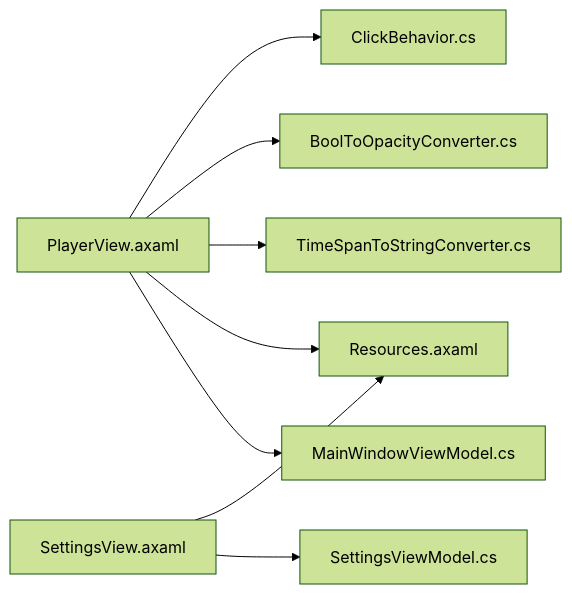
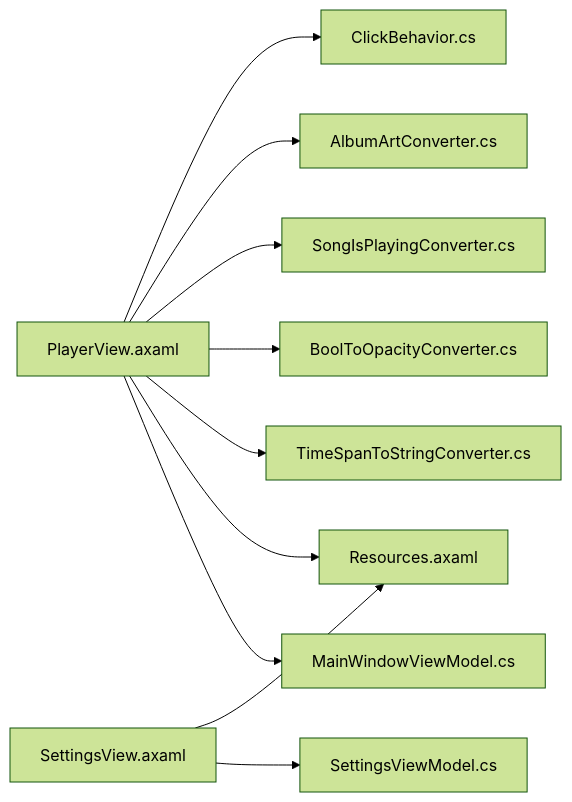
One commit to mariamjensen42-glitch/LocalMusicPlayer changed the eighth of 8 diagrams in .qoder/repowiki/zh/content/用户界面层/用户界面层.md. Above: the diagram before and after it, drawn with Mermaid (forest theme). The commit also changed other lines of this file and 14 other files, not shown here.

````diff
--- a/.qoder/repowiki/zh/content/用户界面层/用户界面层.md
+++ b/.qoder/repowiki/zh/content/用户界面层/用户界面层.md
@@ -370,10 +415,12 @@
 ```mermaid
 graph LR
 PV["PlayerView.axaml"] --> MWMV["MainWindowViewModel.cs"]
 SV["SettingsView.axaml"] --> SVMV["SettingsViewModel.cs"]
 PV --> RES["Resources.axaml"]
 SV --> RES
 PV --> TSC["TimeSpanToStringConverter.cs"]
 PV --> BOC["BoolToOpacityConverter.cs"]
+PV --> SIPC["SongIsPlayingConverter.cs"]
+PV --> AAC["AlbumArtConverter.cs"]
 PV --> CB["ClickBehavior.cs"]
 ```
````
